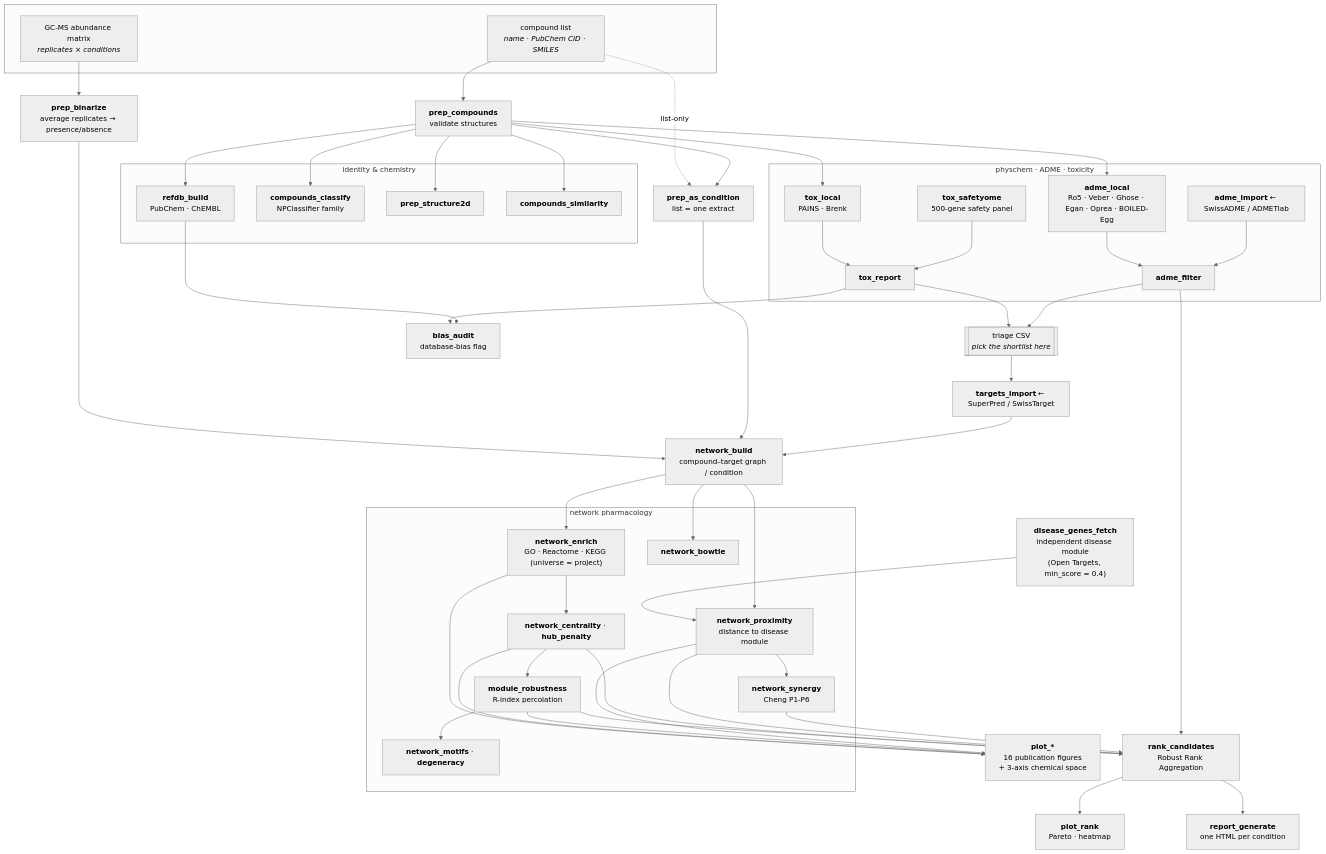
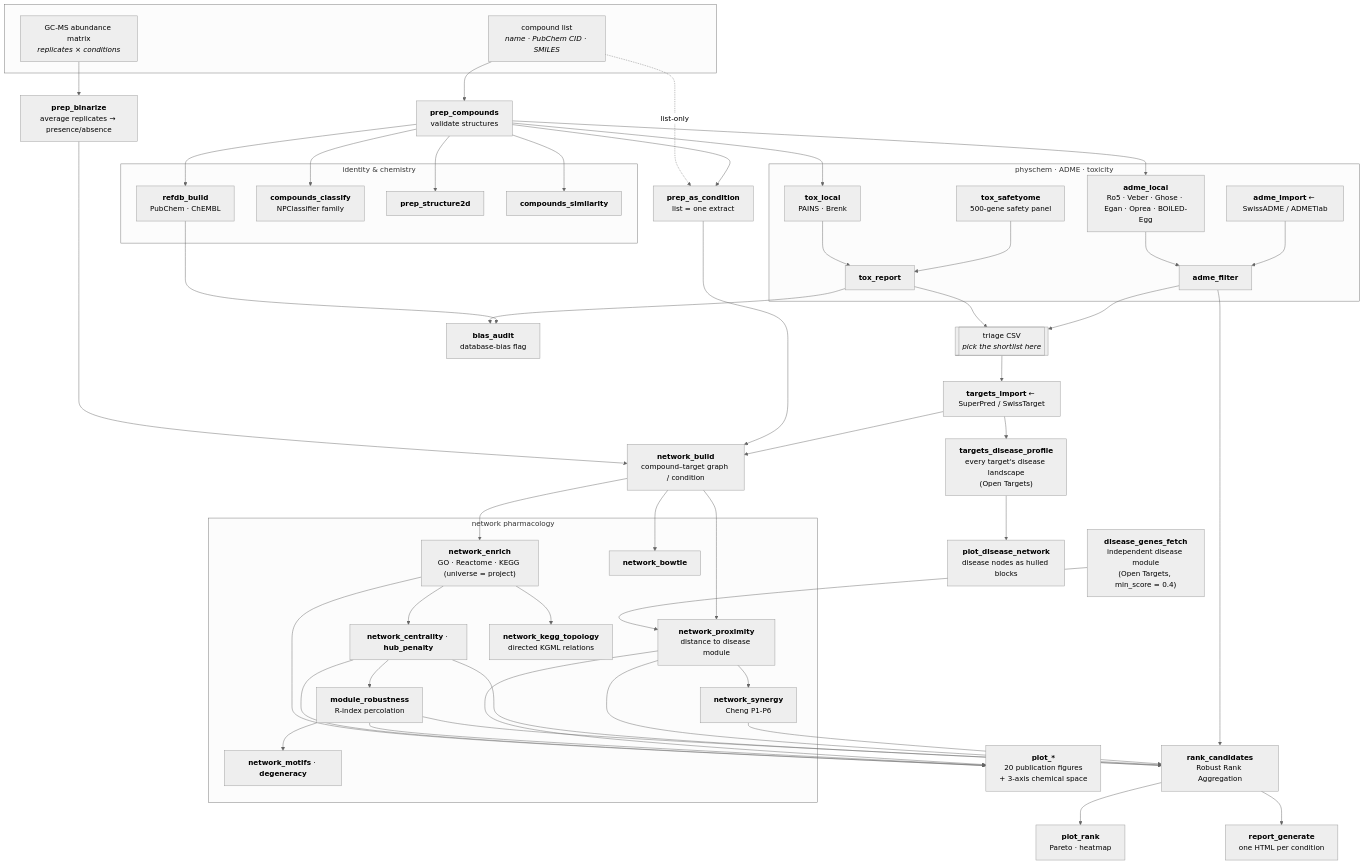
Before and after one commit to hierax00/patliR: the diagram in README.md, drawn with Mermaid (neutral theme). The commit also changed other lines of this file and 16 other files, not shown here.

````diff
--- a/README.md
+++ b/README.md
@@ -19,65 +19,70 @@
 ```mermaid
 flowchart TD
     subgraph input [" "]
         L["compound list<br/><i>name · PubChem CID · SMILES</i>"]
         M["GC-MS abundance matrix<br/><i>replicates × conditions</i>"]
     end
 
     L --> PC["<b>prep_compounds</b><br/>validate structures"]
     M --> PB["<b>prep_binarize</b><br/>average replicates → presence/absence"]
     L -.list-only.-> PAC["<b>prep_as_condition</b><br/>list = one extract"]
     PC --> PAC
 
     subgraph chem ["identity & chemistry"]
         RDB["<b>refdb_build</b><br/>PubChem · ChEMBL"]
         CL["<b>compounds_classify</b><br/>NPClassifier family"]
         S2D["<b>prep_structure2d</b>"]
         SIM["<b>compounds_similarity</b>"]
     end
     PC --> RDB & CL & S2D & SIM
 
     subgraph pk ["physchem · ADME · toxicity"]
         AL["<b>adme_local</b><br/>Ro5 · Veber · Ghose · Egan · Oprea · BOILED-Egg"]
         AF["<b>adme_filter</b>"]
         AI["<b>adme_import</b> ← SwissADME / ADMETlab"]
         TL["<b>tox_local</b><br/>PAINS · Brenk"]
         TS["<b>tox_safetyome</b><br/>500-gene safety panel"]
         TR["<b>tox_report</b>"]
     end
     PC --> AL --> AF
     AI --> AF
     PC --> TL --> TR
     TS --> TR
 
     TR --> CSV[["triage CSV<br/><i>pick the shortlist here</i>"]]
     AF --> CSV
 
     CSV --> TI["<b>targets_import</b> ← SuperPred / SwissTarget"]
     PB --> NB
     PAC --> NB
     TI --> NB["<b>network_build</b><br/>compound–target graph / condition"]
 
     DG["<b>disease_genes_fetch</b><br/>independent disease module<br/>(Open Targets, min_score = 0.4)"]
 
     subgraph net ["network pharmacology"]
         NE["<b>network_enrich</b><br/>GO · Reactome · KEGG (universe = project)"]
         NC["<b>network_centrality</b> · <b>hub_penalty</b>"]
         NMR["<b>module_robustness</b><br/>R-index percolation"]
         NM["<b>network_motifs</b> · <b>degeneracy</b>"]
         NP["<b>network_proximity</b><br/>distance to disease module"]
         NS["<b>network_synergy</b><br/>Cheng P1-P6"]
         NBT["<b>network_bowtie</b>"]
+        NKT["<b>network_kegg_topology</b><br/>directed KGML relations"]
     end
     NB --> NE --> NC --> NMR --> NM
     DG --> NP
     NB --> NP --> NS
     NB --> NBT
+    NE --> NKT
 
-    NE & NC & NMR & NP --> PLOTS["<b>plot_*</b><br/>16 publication figures<br/>+ 3-axis chemical space"]
+    TDP["<b>targets_disease_profile</b><br/>every target's disease landscape<br/>(Open Targets)"]
+    TI --> TDP --> DNET["<b>plot_disease_network</b><br/>disease nodes as hulled blocks"]
+
+    NE & NC & NMR & NP --> PLOTS["<b>plot_*</b><br/>20 publication figures<br/>+ 3-axis chemical space"]
     TR --> BIAS["<b>bias_audit</b><br/>database-bias flag"]
     RDB --> BIAS
 
     NC & NMR & NP & NS & AF --> RC["<b>rank_candidates</b><br/>Robust Rank Aggregation"]
     RC --> PR["<b>plot_rank</b><br/>Pareto · heatmap"]
     RC --> RG["<b>report_generate</b><br/>one HTML per condition"]
 ```
````
